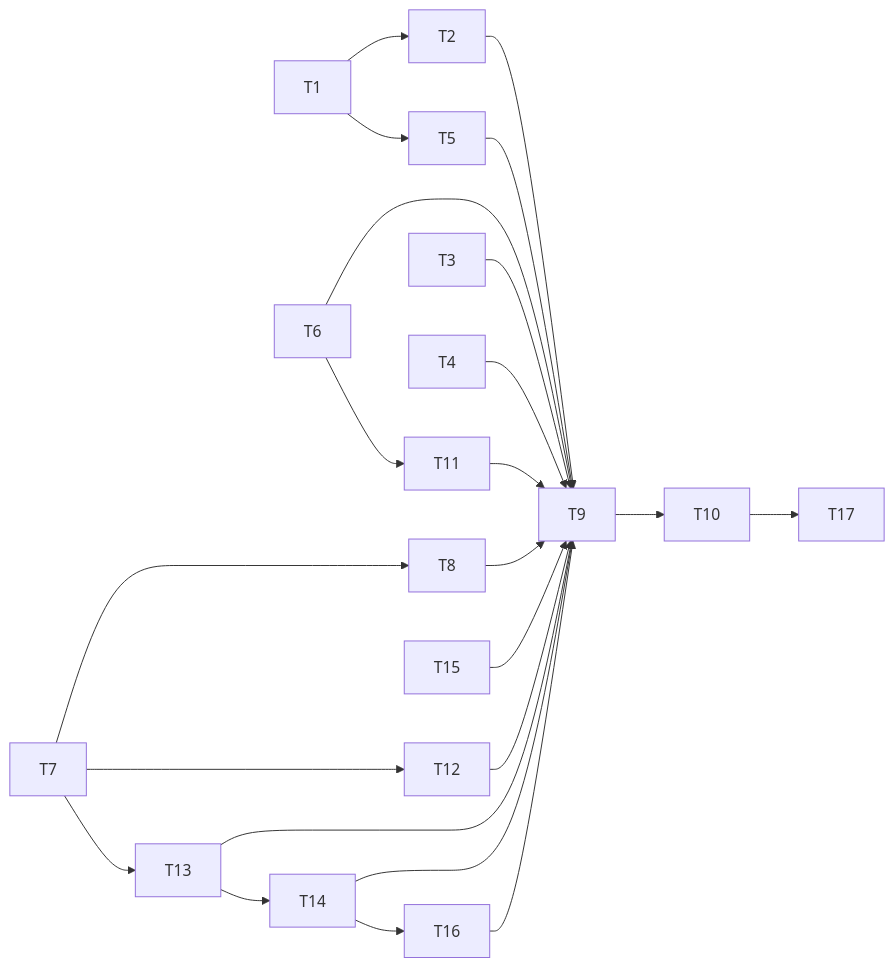
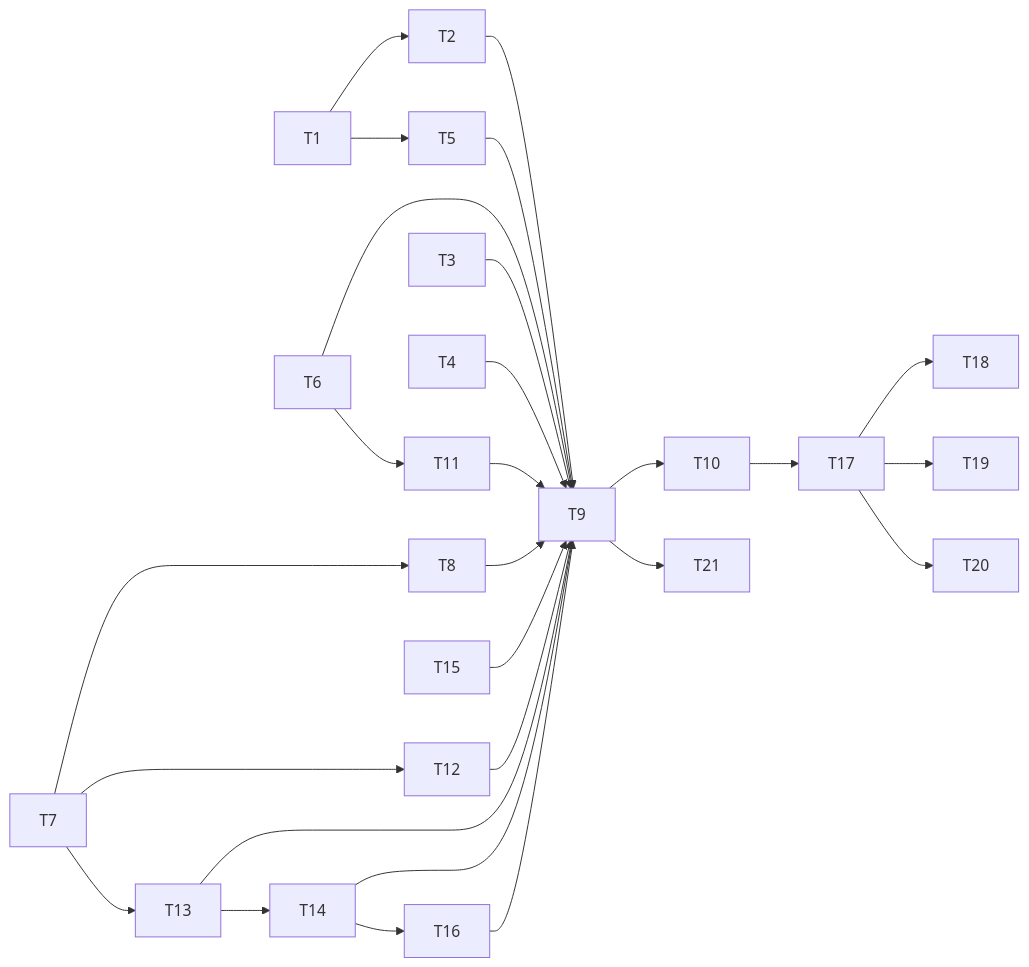
Before and after one commit to liaden/lain: the diagram in planning/specs/rust-hot-paths.md, drawn with Mermaid. The commit also changed other lines of this file, not shown here.

````diff
--- a/planning/specs/rust-hot-paths.md
+++ b/planning/specs/rust-hot-paths.md
@@ -161,17 +161,21 @@
 ```mermaid
 flowchart LR
   T1 --> T2
   T1 --> T5
   T7 --> T8
   T2 & T3 & T4 & T5 & T6 & T8 --> T9
   T9 --> T10
   T6 --> T11
   T7 --> T12
   T7 --> T13
   T11 & T12 & T13 --> T9
   T13 --> T14
   T14 & T15 --> T9
   T14 --> T16
   T16 --> T9
   T10 --> T17
+  T17 --> T18
+  T17 --> T19
+  T17 --> T20
+  T9 --> T21
 ```
````
